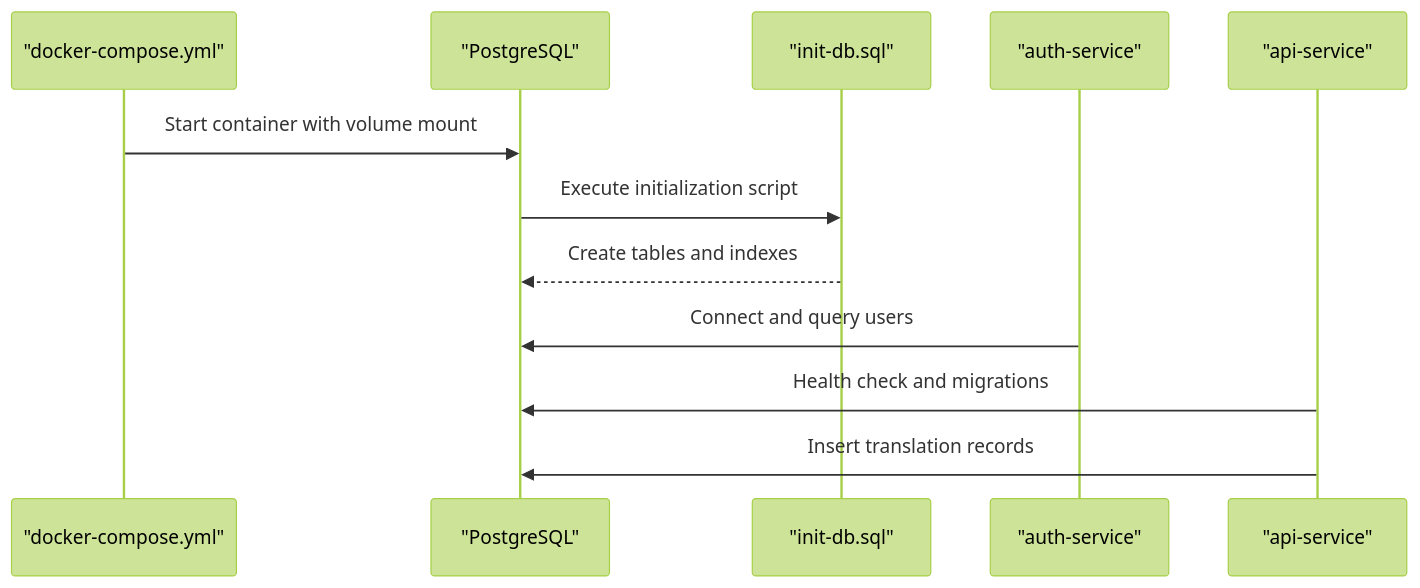
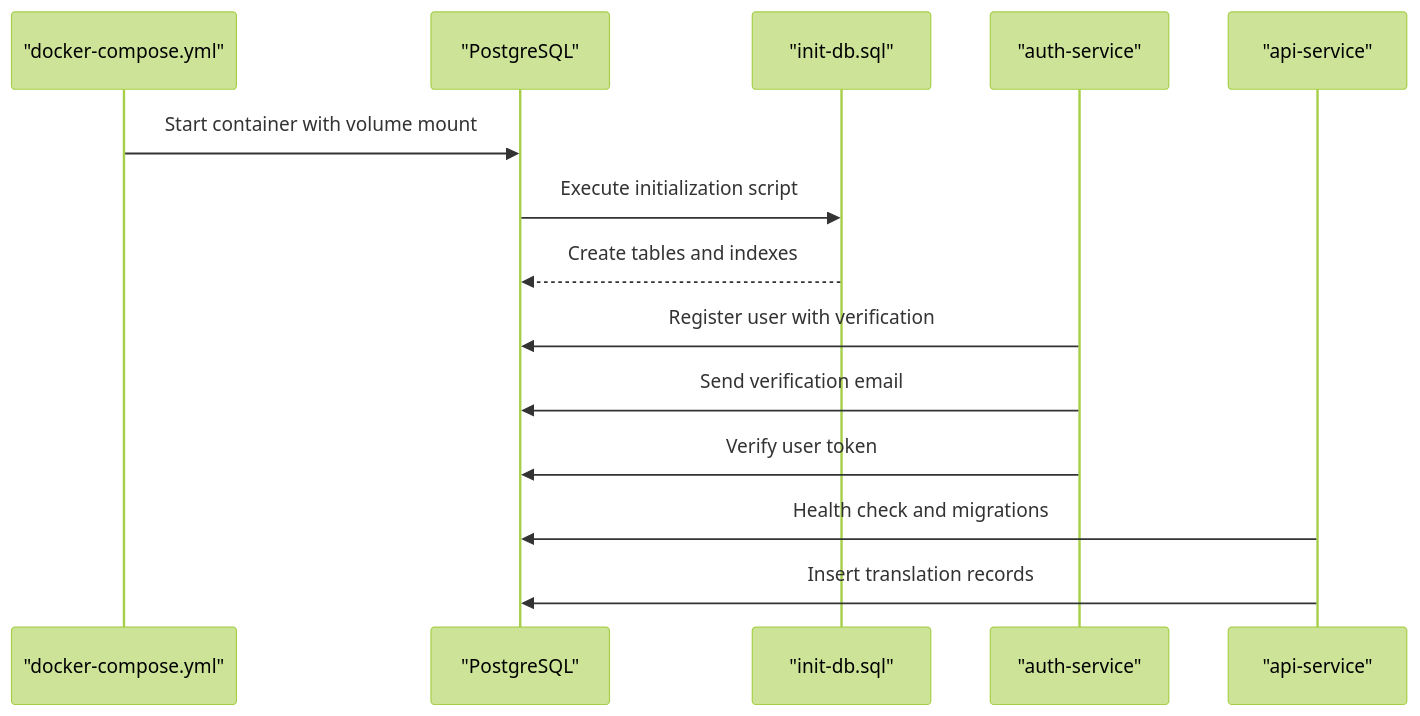
The third of 7 diagrams in .qoder/repowiki/en/content/Database Design.md (ikramhh/signvue-project), drawn with Mermaid (forest theme) before and after one commit. The commit also changed other lines of this file and 4 other files, not shown here.

````diff
--- a/.qoder/repowiki/en/content/Database Design.md
+++ b/.qoder/repowiki/en/content/Database Design.md
@@ -185,14 +203,16 @@
 ```mermaid
 sequenceDiagram
 participant Compose as "docker-compose.yml"
 participant Pg as "PostgreSQL"
 participant Init as "init-db.sql"
 participant Auth as "auth-service"
 participant Api as "api-service"
 Compose->>Pg : Start container with volume mount
 Pg->>Init : Execute initialization script
 Init-->>Pg : Create tables and indexes
-Auth->>Pg : Connect and query users
+Auth->>Pg : Register user with verification
+Auth->>Pg : Send verification email
+Auth->>Pg : Verify user token
 Api->>Pg : Health check and migrations
 Api->>Pg : Insert translation records
 ```
````
